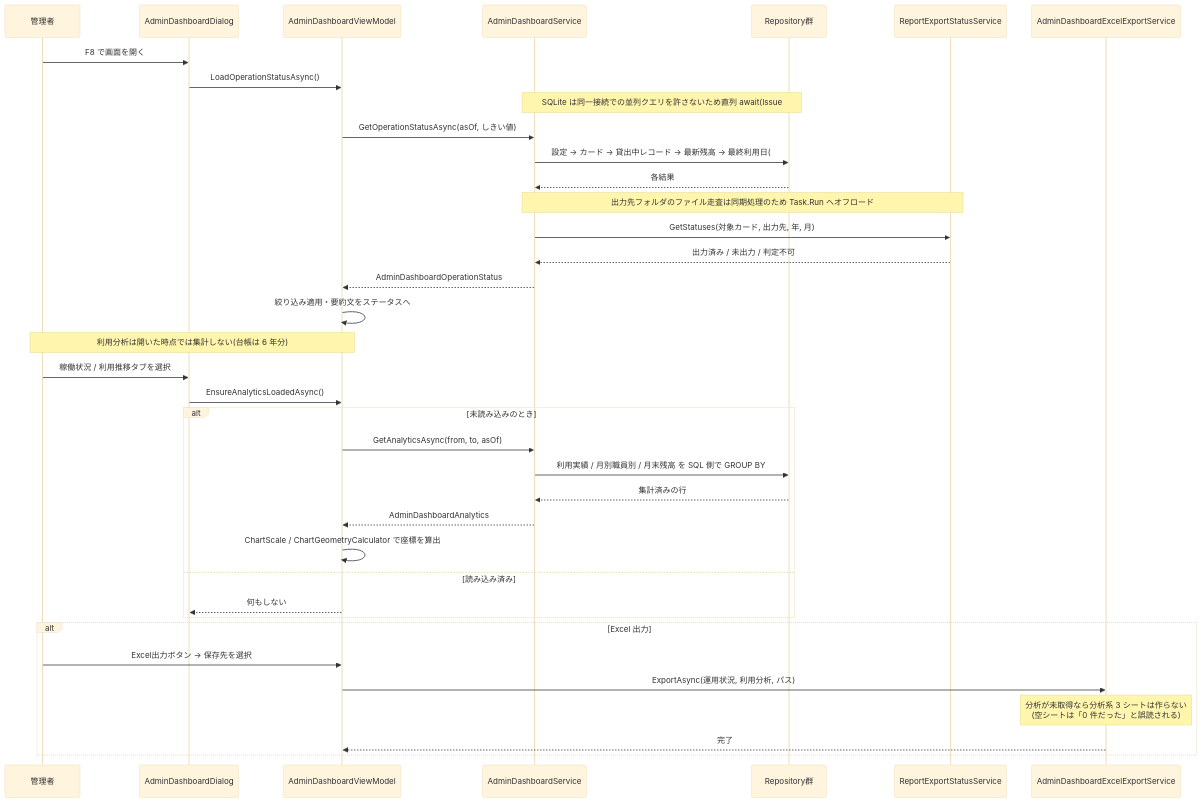
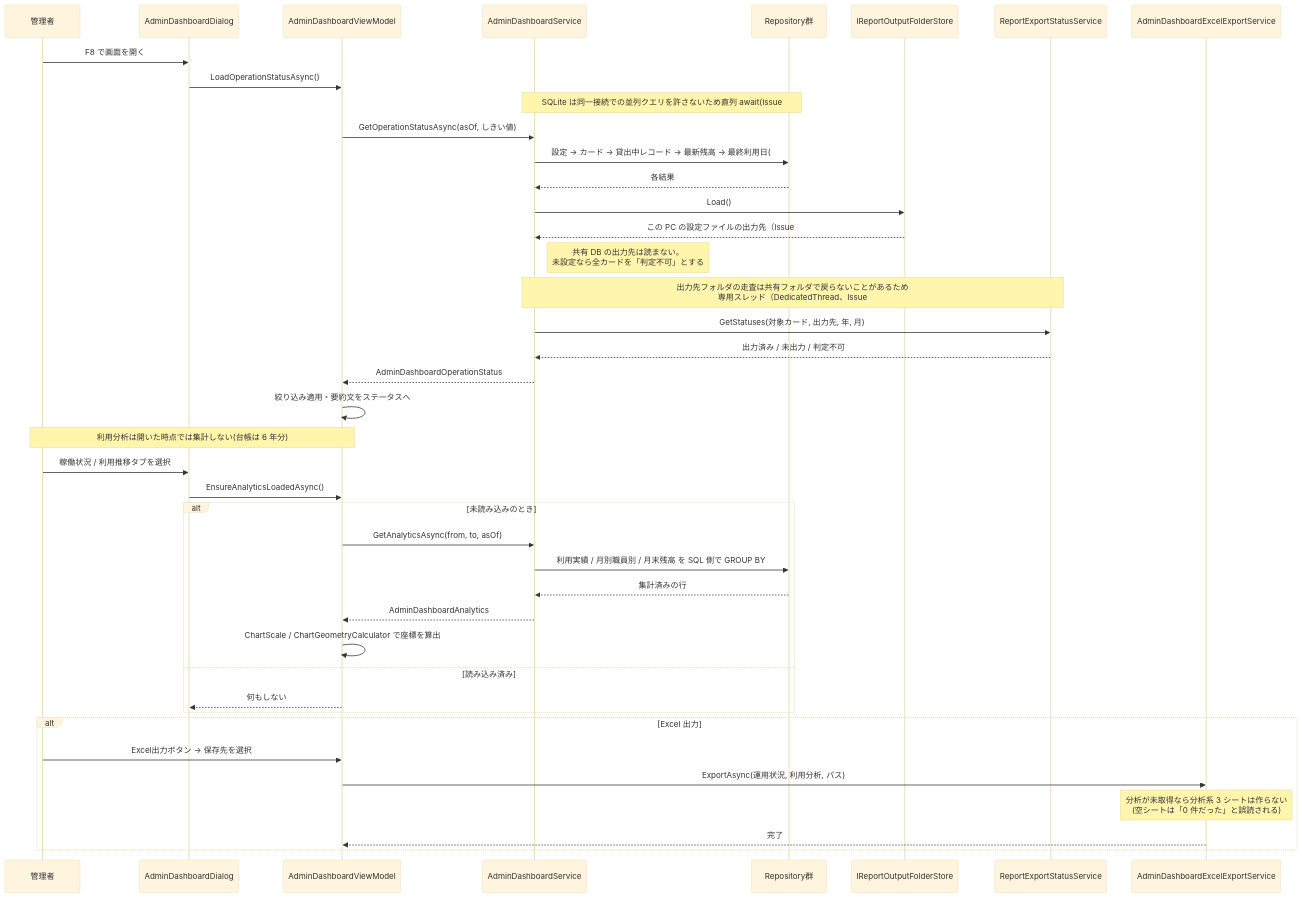
Diagram 17 of 17 in ICCardManager/docs/design/06_シーケンス図.md (kuwayamamasayuki/ICCardManager), drawn with Mermaid (base theme) before and after one commit. The commit also changed other lines of this file and 3 other files, not shown here.

First line of the commit message:
docs: シーケンス図（06）の記述を現在の実装に合わせた（#2310） (#2357)

````diff
--- a/ICCardManager/docs/design/06_シーケンス図.md
+++ b/ICCardManager/docs/design/06_シーケンス図.md
@@ -909,44 +1209,48 @@
 ```mermaid
 sequenceDiagram
     participant User as 管理者
     participant Dlg as AdminDashboardDialog
     participant VM as AdminDashboardViewModel
     participant Svc as AdminDashboardService
     participant Repo as Repository群
+    participant Store as IReportOutputFolderStore
     participant RES as ReportExportStatusService
     participant Xls as AdminDashboardExcelExportService
 
     User->>Dlg: F8 で画面を開く
     Dlg->>VM: LoadOperationStatusAsync()
 
     Note over Svc,Repo: SQLite は同一接続での並列クエリを許さないため直列 await(Issue #1452)
     VM->>Svc: GetOperationStatusAsync(asOf, しきい値)
     Svc->>Repo: 設定 → カード → 貸出中レコード → 最新残高 → 最終利用日(#1747) → 職員
     Repo-->>Svc: 各結果
-    Note over Svc,RES: 出力先フォルダのファイル走査は同期処理のため Task.Run へオフロード
+    Svc->>Store: Load()
+    Store-->>Svc: この PC の設定ファイルの出力先（Issue #2266）
+    Note right of Svc: 共有 DB の出力先は読まない。<br/>未設定なら全カードを「判定不可」とする
+    Note over Svc,RES: 出力先フォルダの走査は共有フォルダで戻らないことがあるため<br/>専用スレッド（DedicatedThread、Issue #2221）で実行
     Svc->>RES: GetStatuses(対象カード, 出力先, 年, 月)
     RES-->>Svc: 出力済み / 未出力 / 判定不可
     Svc-->>VM: AdminDashboardOperationStatus
     VM->>VM: 絞り込み適用・要約文をステータスへ
 
     Note over User,VM: 利用分析は開いた時点では集計しない(台帳は 6 年分)
     User->>Dlg: 稼働状況 / 利用推移タブを選択
     Dlg->>VM: EnsureAnalyticsLoadedAsync()
 
     alt 未読み込みのとき
         VM->>Svc: GetAnalyticsAsync(from, to, asOf)
         Svc->>Repo: 利用実績 / 月別職員別 / 月末残高 を SQL 側で GROUP BY
         Repo-->>Svc: 集計済みの行
         Svc-->>VM: AdminDashboardAnalytics
         VM->>VM: ChartScale / ChartGeometryCalculator で座標を算出
     else 読み込み済み
         VM-->>Dlg: 何もしない
     end
 
     alt Excel 出力
         User->>VM: Excel出力ボタン → 保存先を選択
         VM->>Xls: ExportAsync(運用状況, 利用分析, パス)
         Note over Xls: 分析が未取得なら分析系 3 シートは作らない<br/>(空シートは「0 件だった」と誤読される)
         Xls-->>VM: 完了
     end
 ```
````
